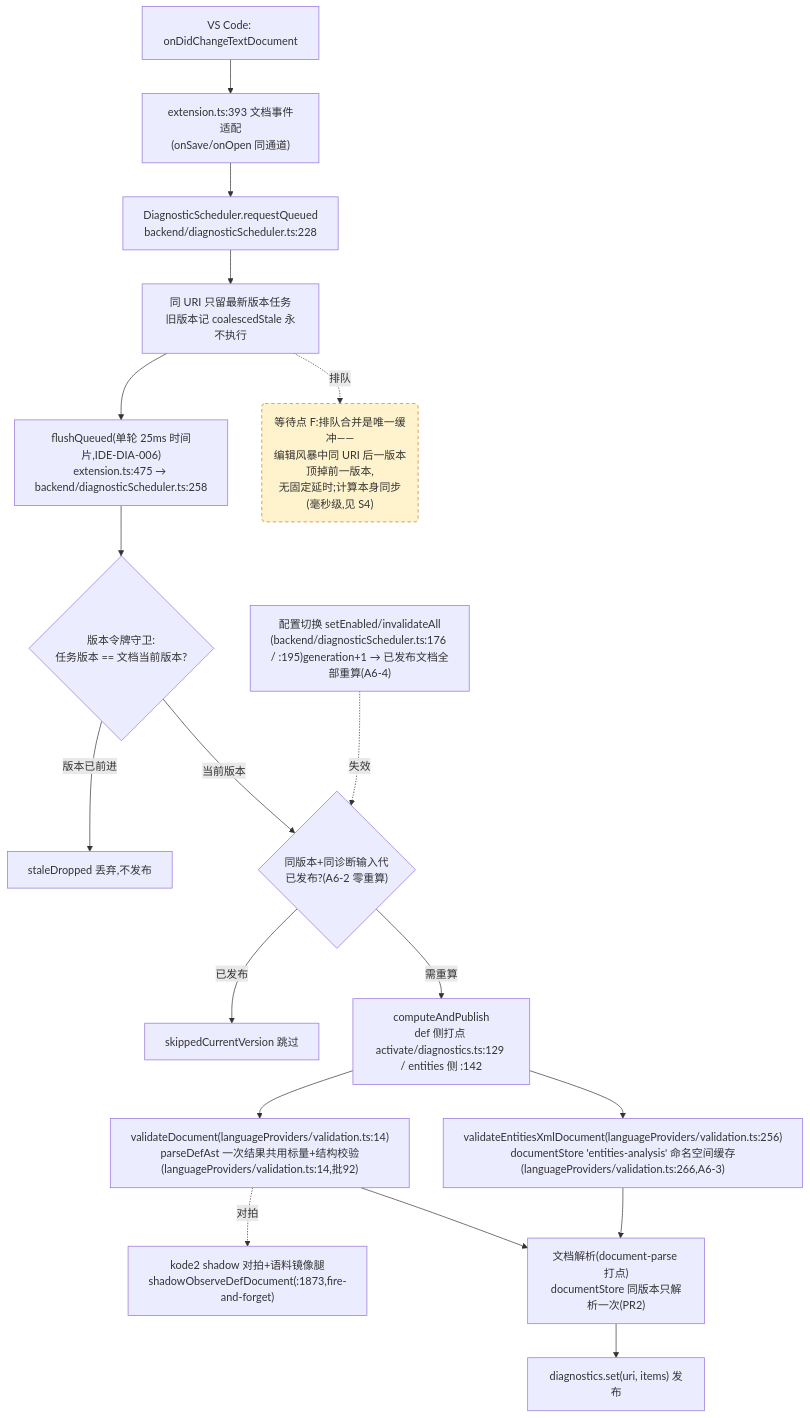
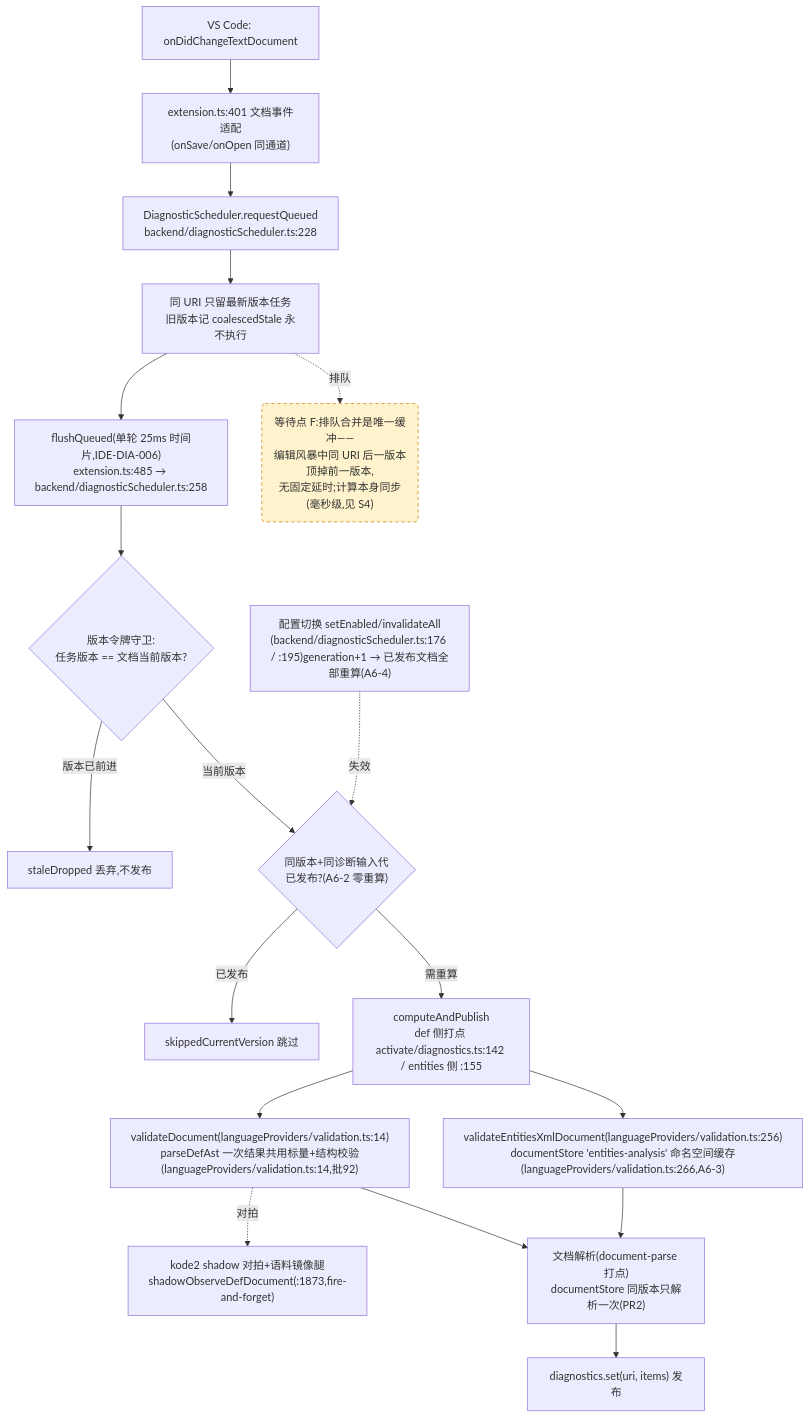
Before and after one commit to cuihairu/kode: the fourth of 4 diagrams in docs/perf/2026-baseline.md, drawn with Mermaid. The commit also changed 16 other files, not shown here.

````diff
--- a/docs/perf/2026-baseline.md
+++ b/docs/perf/2026-baseline.md
@@ -214,38 +214,38 @@
 ```mermaid
 flowchart TD
   CHG["VS Code: onDidChangeTextDocument"]
-  WATCH["extension.ts:393 文档事件适配<br/>(onSave/onOpen 同通道)"]
+  WATCH["extension.ts:401 文档事件适配<br/>(onSave/onOpen 同通道)"]
   RQ["DiagnosticScheduler.requestQueued<br/>backend/diagnosticScheduler.ts:228"]
   CO["同 URI 只留最新版本任务<br/>旧版本记 coalescedStale 永不执行"]
-  FL["flushQueued(单轮 25ms 时间片,IDE-DIA-006)<br/>extension.ts:475 → backend/diagnosticScheduler.ts:258"]
+  FL["flushQueued(单轮 25ms 时间片,IDE-DIA-006)<br/>extension.ts:485 → backend/diagnosticScheduler.ts:258"]
   VG{"版本令牌守卫:<br/>任务版本 == 文档当前版本?"}
   DROP["staleDropped 丢弃,不发布"]
   GEN{"同版本+同诊断输入代<br/>已发布?(A6-2 零重算)"}
   SKIP["skippedCurrentVersion 跳过"]
-  CALC["computeAndPublish<br/>def 侧打点 activate/diagnostics.ts:129 / entities 侧 :142"]
+  CALC["computeAndPublish<br/>def 侧打点 activate/diagnostics.ts:142 / entities 侧 :155"]
   VD["validateDocument(languageProviders/validation.ts:14)<br/>parseDefAst 一次结果共用标量+结构校验(languageProviders/validation.ts:14,批92)"]
   VEX["validateEntitiesXmlDocument(languageProviders/validation.ts:256)<br/>documentStore 'entities-analysis' 命名空间缓存(languageProviders/validation.ts:266,A6-3)"]
   SHDD["kode2 shadow 对拍+语料镜像腿<br/>shadowObserveDefDocument(:1873,fire-and-forget)"]
   DS["文档解析(document-parse 打点)<br/>documentStore 同版本只解析一次(PR2)"]
   PUB["diagnostics.set(uri, items) 发布"]
   CFG2["配置切换 setEnabled/invalidateAll<br/>(backend/diagnosticScheduler.ts:176 / :195)generation+1 → 已发布文档全部重算(A6-4)"]
 
   CHG --> WATCH --> RQ --> CO --> FL --> VG
   VG -- "版本已前进" --> DROP
   VG -- "当前版本" --> GEN
   GEN -- "已发布" --> SKIP
   GEN -- "需重算" --> CALC
   CALC --> VD
   CALC --> VEX
   VD --> DS
   VEX --> DS
   DS --> PUB
   VD -.->|对拍| SHDD
   CFG2 -.->|失效| GEN
 
   WAITF("等待点 F:排队合并是唯一缓冲——<br/>编辑风暴中同 URI 后一版本顶掉前一版本,<br/>无固定延时;计算本身同步(毫秒级,见 S4)")
   CO -.->|排队| WAITF
 
   classDef waitPoint fill:#fff3cd,stroke:#d97706,stroke-dasharray:5 4;
   class WAITF waitPoint;
 ```
````
